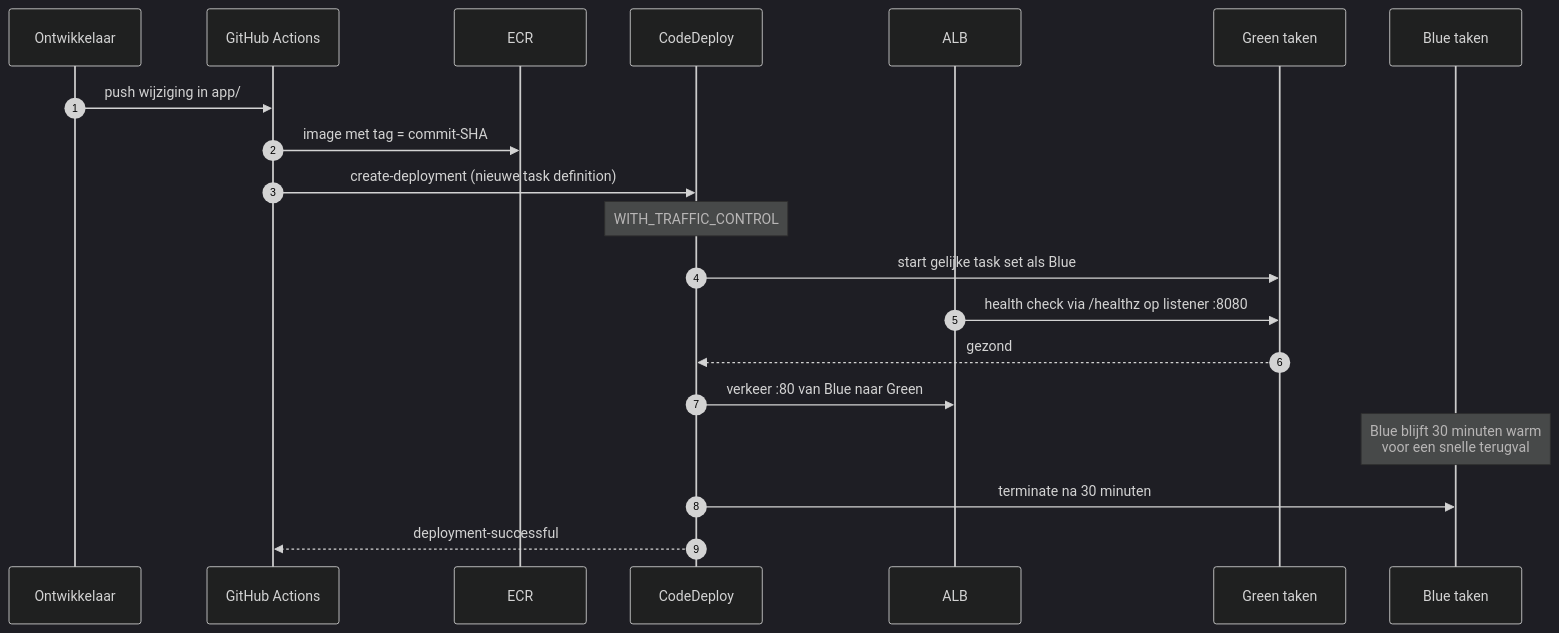
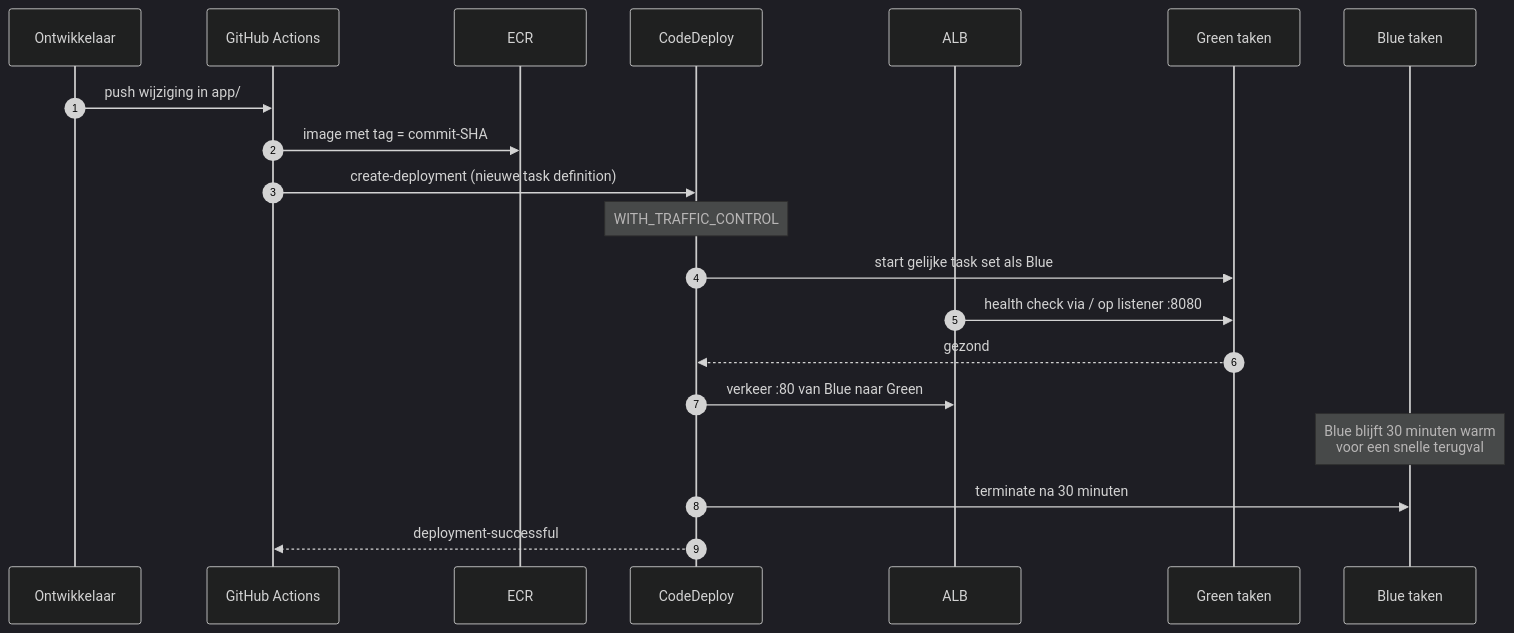
Before and after one commit to dinandvanderzijden-sketch/Innovatech: the eighth of 12 diagrams in README.md, drawn with Mermaid (dark theme). The commit also changed other lines of this file, not shown here.

````diff
--- a/README.md
+++ b/README.md
@@ -589,23 +778,23 @@
 ```mermaid
 sequenceDiagram
     autonumber
     participant U as Ontwikkelaar
     participant GH as GitHub Actions
     participant ECR as ECR
     participant CD as CodeDeploy
     participant ALB as ALB
     participant G as Green taken
     participant B as Blue taken
 
     U->>GH: push wijziging in app/
     GH->>ECR: image met tag = commit-SHA
     GH->>CD: create-deployment (nieuwe task definition)
     Note over CD: WITH_TRAFFIC_CONTROL
     CD->>G: start gelijke task set als Blue
-    ALB->>G: health check via /healthz op listener :8080
+    ALB->>G: health check via / op listener :8080
     G-->>CD: gezond
     CD->>ALB: verkeer :80 van Blue naar Green
     Note over B: Blue blijft 30 minuten warm<br/>voor een snelle terugval
     CD->>B: terminate na 30 minuten
     CD-->>GH: deployment-successful
 ```
````
